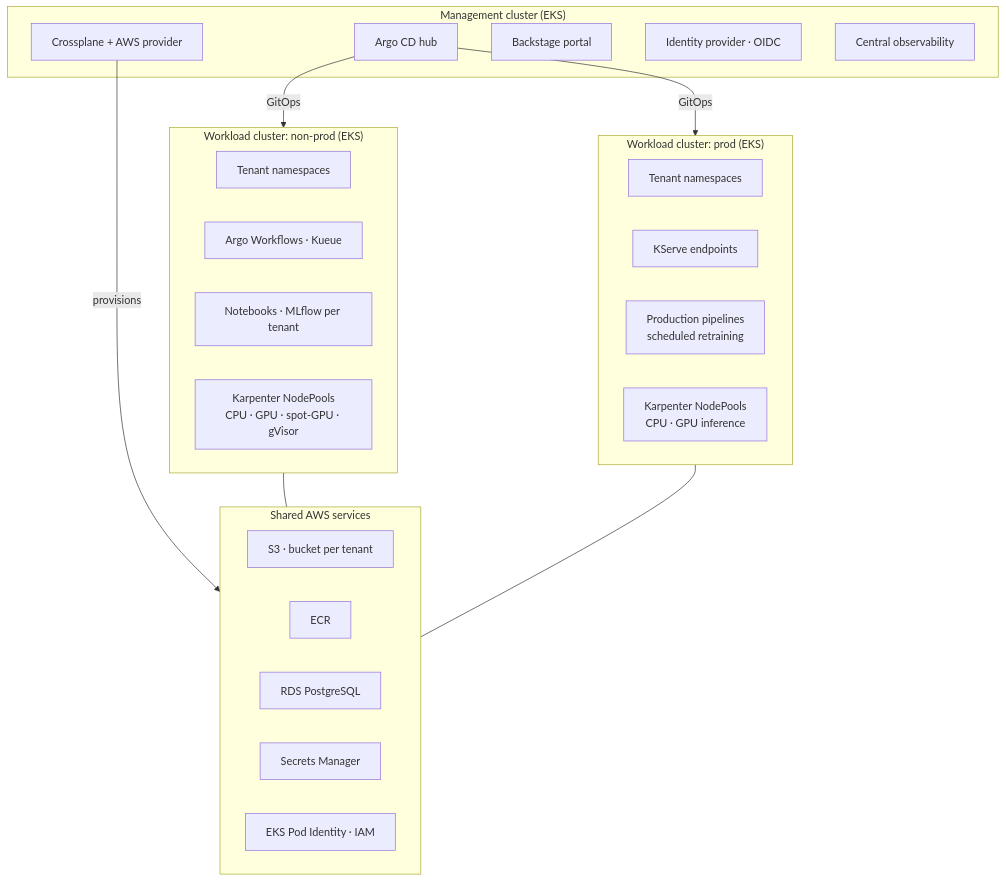
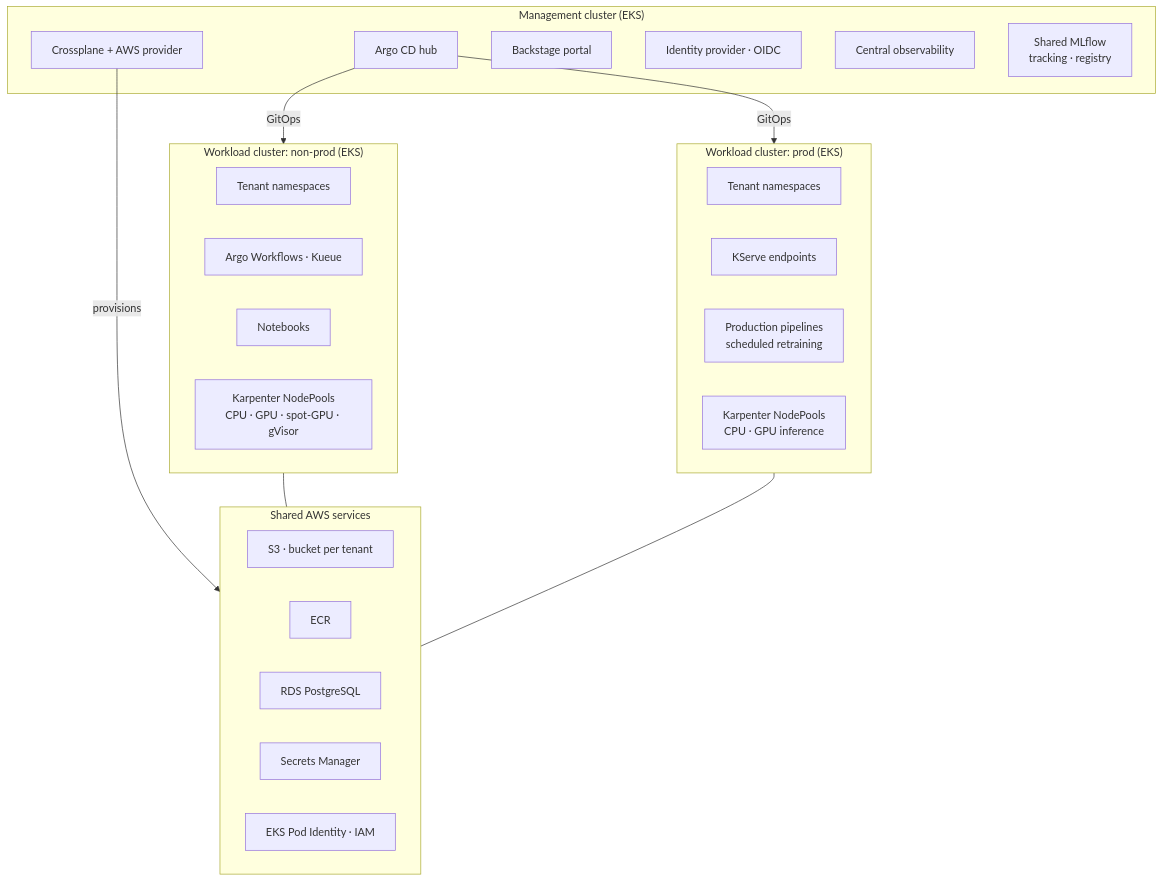
Before and after one commit to mlqube/.github: the first of 4 diagrams in docs/architecture.md, drawn with Mermaid. The commit also changed other lines of this file and 6 other files, not shown here.

Commit message:
docs: switch to one shared MLflow for all tenants (RDS PostgreSQL + S3), ADR-0007 accepted

````diff
--- a/docs/architecture.md
+++ b/docs/architecture.md
@@ -20,38 +20,39 @@
 ```mermaid
 flowchart TB
     subgraph MGMT["Management cluster (EKS)"]
         ARGOCD[Argo CD hub]
         XP[Crossplane + AWS provider]
         BS[Backstage portal]
         IDP[Identity provider · OIDC]
         OBS[Central observability]
+        MLFLOW[Shared MLflow<br/>tracking · registry]
     end
 
     subgraph NONPROD["Workload cluster: non-prod (EKS)"]
         NS1[Tenant namespaces]
         AW[Argo Workflows · Kueue]
-        NB[Notebooks · MLflow per tenant]
+        NB[Notebooks]
         NP1[Karpenter NodePools<br/>CPU · GPU · spot-GPU · gVisor]
     end
 
     subgraph PROD["Workload cluster: prod (EKS)"]
         NS2[Tenant namespaces]
         KS[KServe endpoints]
         CRON[Production pipelines<br/>scheduled retraining]
         NP2[Karpenter NodePools<br/>CPU · GPU inference]
     end
 
     subgraph AWS["Shared AWS services"]
         S3[S3 · bucket per tenant]
         ECR[ECR]
         RDS[RDS PostgreSQL]
         SM[Secrets Manager]
         PI[EKS Pod Identity · IAM]
     end
 
     ARGOCD -- GitOps --> NONPROD
     ARGOCD -- GitOps --> PROD
     XP -- provisions --> AWS
     NONPROD --- AWS
     PROD --- AWS
 ```
````
